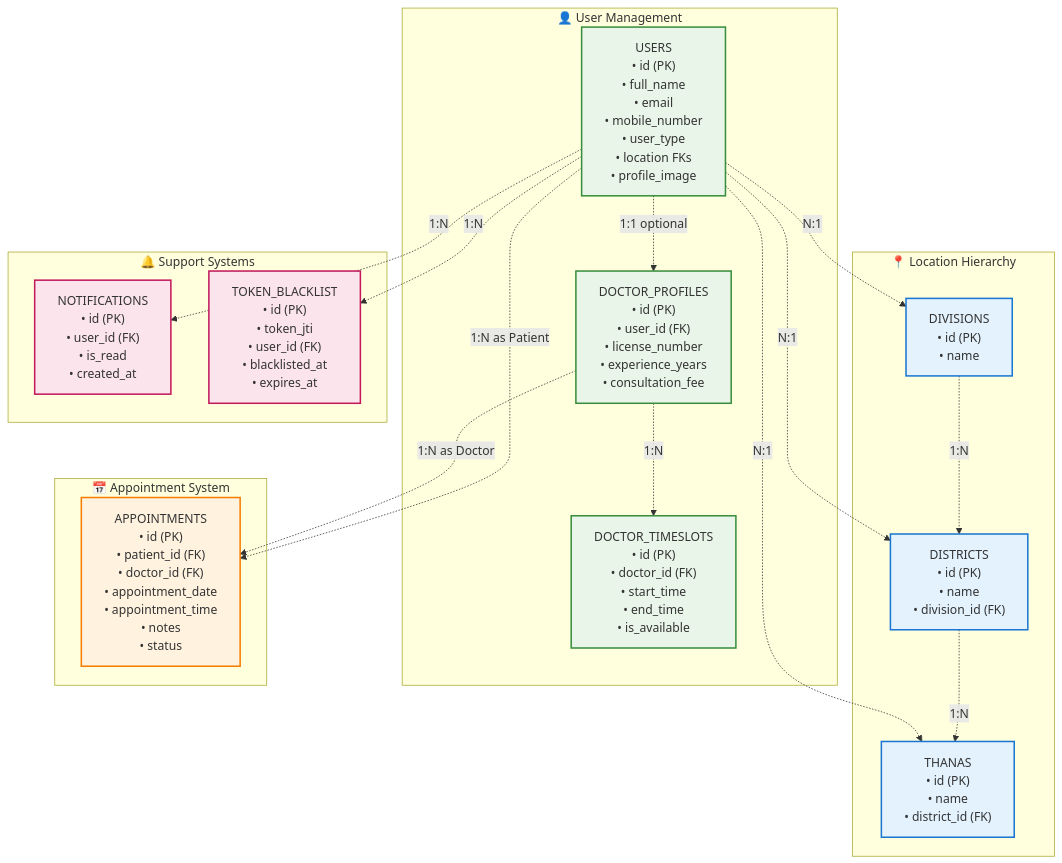
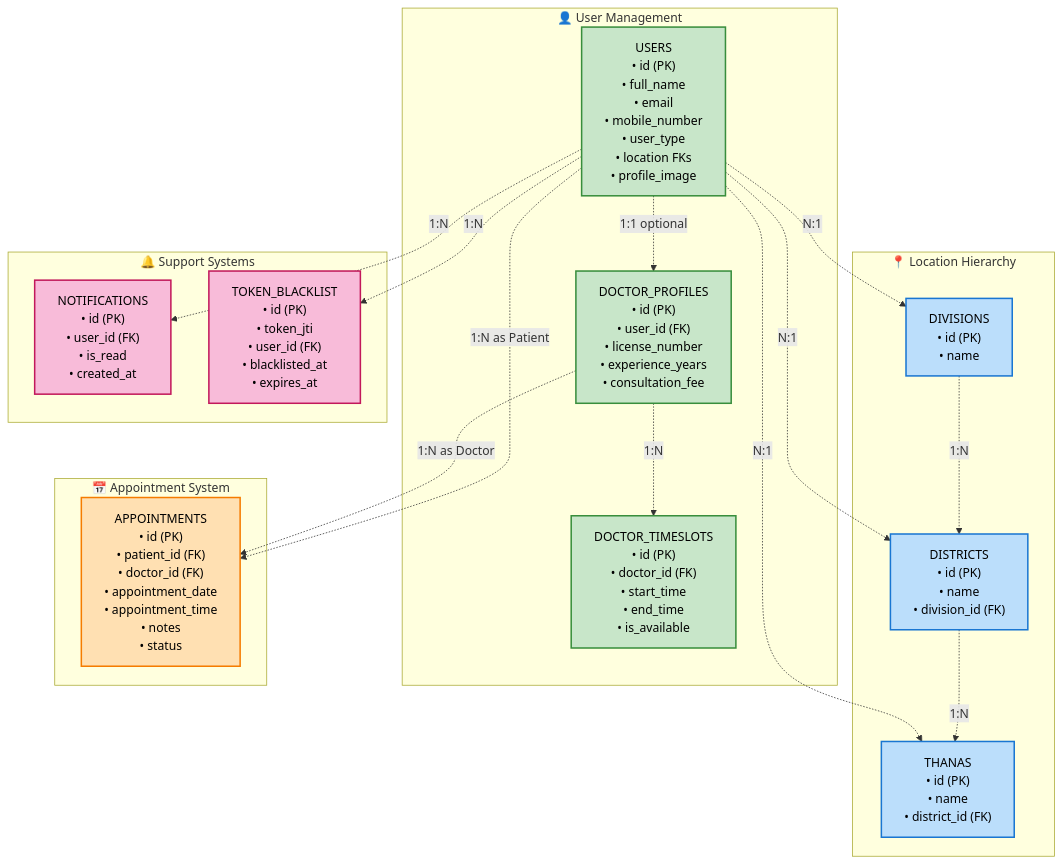
The sixth of 8 diagrams in database_models_flowchart.md (anik107/demo_project_for_baltd), drawn with Mermaid before and after one commit.

Commit message:
Update styling in database models flowchart for improved visibility; adjust colors for better contrast and clarity.

```diff
--- a/database_models_flowchart.md
+++ b/database_models_flowchart.md
@@ -298,10 +298,10 @@
     USER -.->|1:N| TOKEN
 
     %% Styling
-    classDef locationStyle fill:#e3f2fd,stroke:#1976d2,stroke-width:2px
-    classDef userStyle fill:#e8f5e8,stroke:#388e3c,stroke-width:2px
-    classDef appointmentStyle fill:#fff3e0,stroke:#f57c00,stroke-width:2px
-    classDef supportStyle fill:#fce4ec,stroke:#c2185b,stroke-width:2px
+    classDef locationStyle fill:#bbdefb,stroke:#1976d2,stroke-width:2px,color:#000
+    classDef userStyle fill:#c8e6c9,stroke:#388e3c,stroke-width:2px,color:#000
+    classDef appointmentStyle fill:#ffe0b2,stroke:#f57c00,stroke-width:2px,color:#000
+    classDef supportStyle fill:#f8bbd9,stroke:#c2185b,stroke-width:2px,color:#000
 
     class DIV,DIST,THAN locationStyle
     class USER,DOCPROF,TIMESLOT userStyle
```
